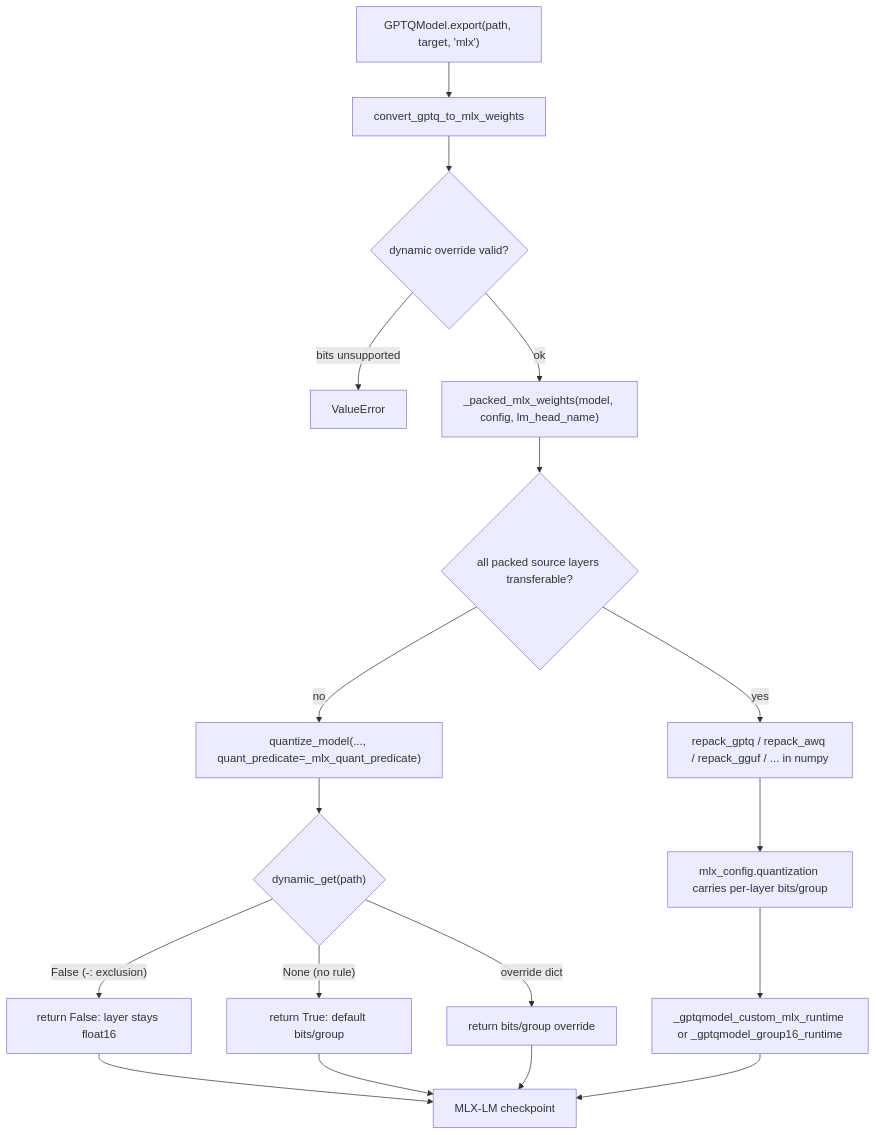
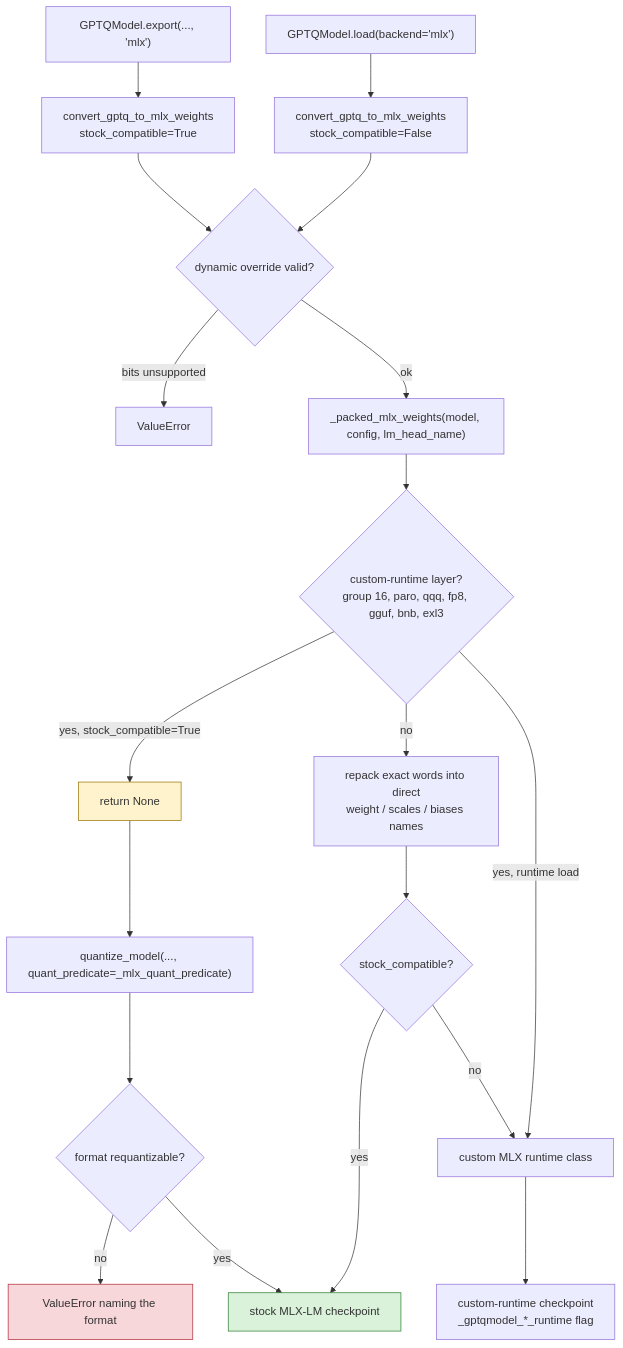
Before and after one commit to ModelCloud/GPTQModel: the second of 2 diagrams in docs/mlx-runtime.md, drawn with Mermaid. The commit also changed other lines of this file and 3 other files, not shown here.

First line of the commit message:
fix(mlx): honor attention masks, scope EOS, stock-compatible export (#4091)

````diff
--- a/docs/mlx-runtime.md
+++ b/docs/mlx-runtime.md
@@ -70,20 +78,24 @@
 ```mermaid
 flowchart TD
-    A["GPTQModel.export(path, target, 'mlx')"] --> B["convert_gptq_to_mlx_weights"]
+    A["GPTQModel.export(..., 'mlx')"] --> B["convert_gptq_to_mlx_weights<br/>stock_compatible=True"]
+    R["GPTQModel.load(backend='mlx')"] --> B2["convert_gptq_to_mlx_weights<br/>stock_compatible=False"]
     B --> C{"dynamic override valid?"}
+    B2 --> C
     C -- "bits unsupported" --> D["ValueError"]
     C -- ok --> E["_packed_mlx_weights(model, config, lm_head_name)"]
-    E --> F{"all packed source layers transferable?"}
-    F -- yes --> G["repack_gptq / repack_awq / repack_gguf / ... in numpy"]
-    G --> H["mlx_config.quantization carries per-layer bits/group"]
-    H --> I["_gptqmodel_custom_mlx_runtime or _gptqmodel_group16_runtime"]
-    F -- no --> J["quantize_model(..., quant_predicate=_mlx_quant_predicate)"]
-    J --> K{"dynamic_get(path)"}
-    K -- "False (-: exclusion)" --> L["return False: layer stays float16"]
-    K -- "None (no rule)" --> M["return True: default bits/group"]
-    K -- "override dict" --> N["return bits/group override"]
-    L --> O["MLX-LM checkpoint"]
-    M --> O
-    N --> O
-    I --> O
+    E --> F{"custom-runtime layer?<br/>group 16, paro, qqq, fp8, gguf, bnb, exl3"}
+    F -- "yes, stock_compatible=True" --> G["return None"]
+    F -- "no" --> H["repack exact words into direct<br/>weight / scales / biases names"]
+    F -- "yes, runtime load" --> I["custom MLX runtime class"]
+    G --> J["quantize_model(..., quant_predicate=_mlx_quant_predicate)"]
+    J --> K{"format requantizable?"}
+    K -- no --> L["ValueError naming the format"]
+    K -- yes --> M["stock MLX-LM checkpoint"]
+    H --> N{"stock_compatible?"}
+    N -- yes --> M
+    N -- no --> I
+    I --> O["custom-runtime checkpoint<br/>_gptqmodel_*_runtime flag"]
+    style G fill:#fff3cd,stroke:#997404
+    style L fill:#f8d7da,stroke:#b02a37
+    style M fill:#d9f2d9,stroke:#2e7d32
 ```
````
